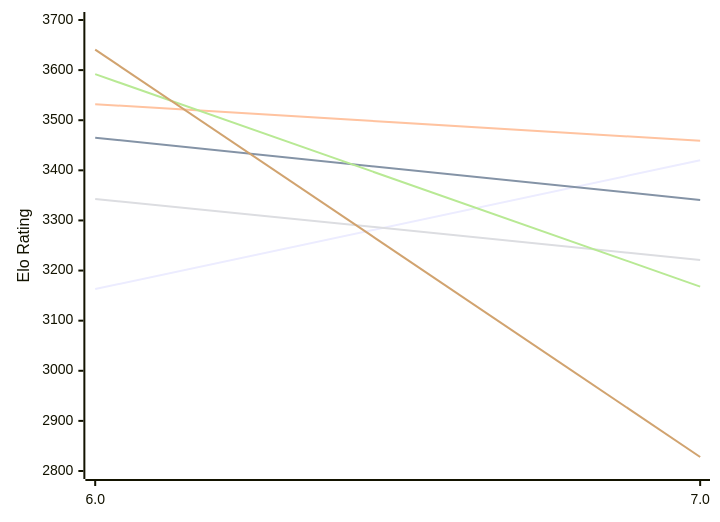
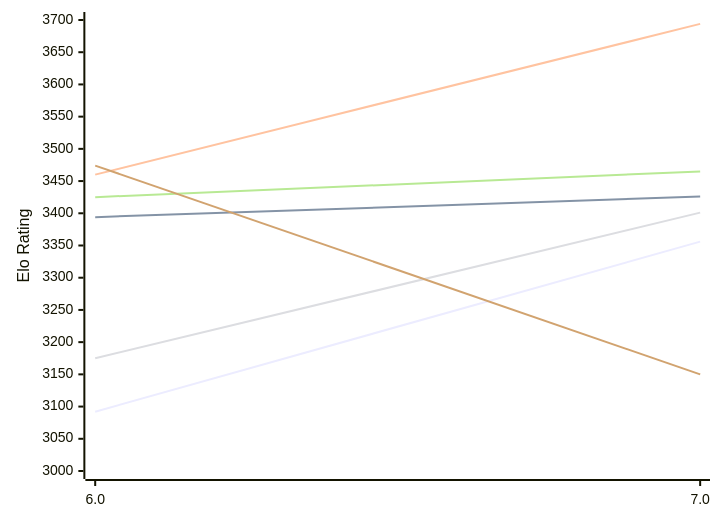
The first of 2 diagrams in engines/Devre.md (computer-chess-index/cci), drawn with Mermaid before and after one commit. The commit also changed other lines of this file, not shown here.

Commit message:
Update CCI Ratings (ELO VLTC) - 2026-11-13

````diff
--- a/engines/Devre.md
+++ b/engines/Devre.md
@@ -50,12 +50,12 @@
 ```mermaid
 %%{init: {"theme":"base","themeVariables":{"seriesColors:['#a3a3a3','#222221','#faa371']}}}%%
 xychart-beta
   x-axis ["6.0", "7.0"]
-  y-axis "Elo Rating" 2800 --> 3700
-  line "E1: STC (8.0+0.08s)" [3163, 3420]
-  line "E1: LTC (60.0+0.60s)" [3465, 3341]
-  line "E1: VLTC (2m24s+1.12s)" [3532, 3459]
-  line "P1: STC (8.0+0.08s)" [3343, 3221]
-  line "P1: LTC (60.0+0.60s)" [3592, 3168]
-  line "P1: VLTC (2m24s+1.12s)" [3641, 2828]
+  y-axis "Elo Rating" 3000 --> 3700
+  line "E1: STC (8.0+0.08s)" [3092, 3356]
+  line "E1: LTC (60.0+0.60s)" [3394, 3426]
+  line "E1: VLTC (2m24s+1.12s)" [3460, 3694]
+  line "P1: STC (8.0+0.08s)" [3175, 3401]
+  line "P1: LTC (60.0+0.60s)" [3425, 3465]
+  line "P1: VLTC (2m24s+1.12s)" [3474, 3150]
 ```
````
